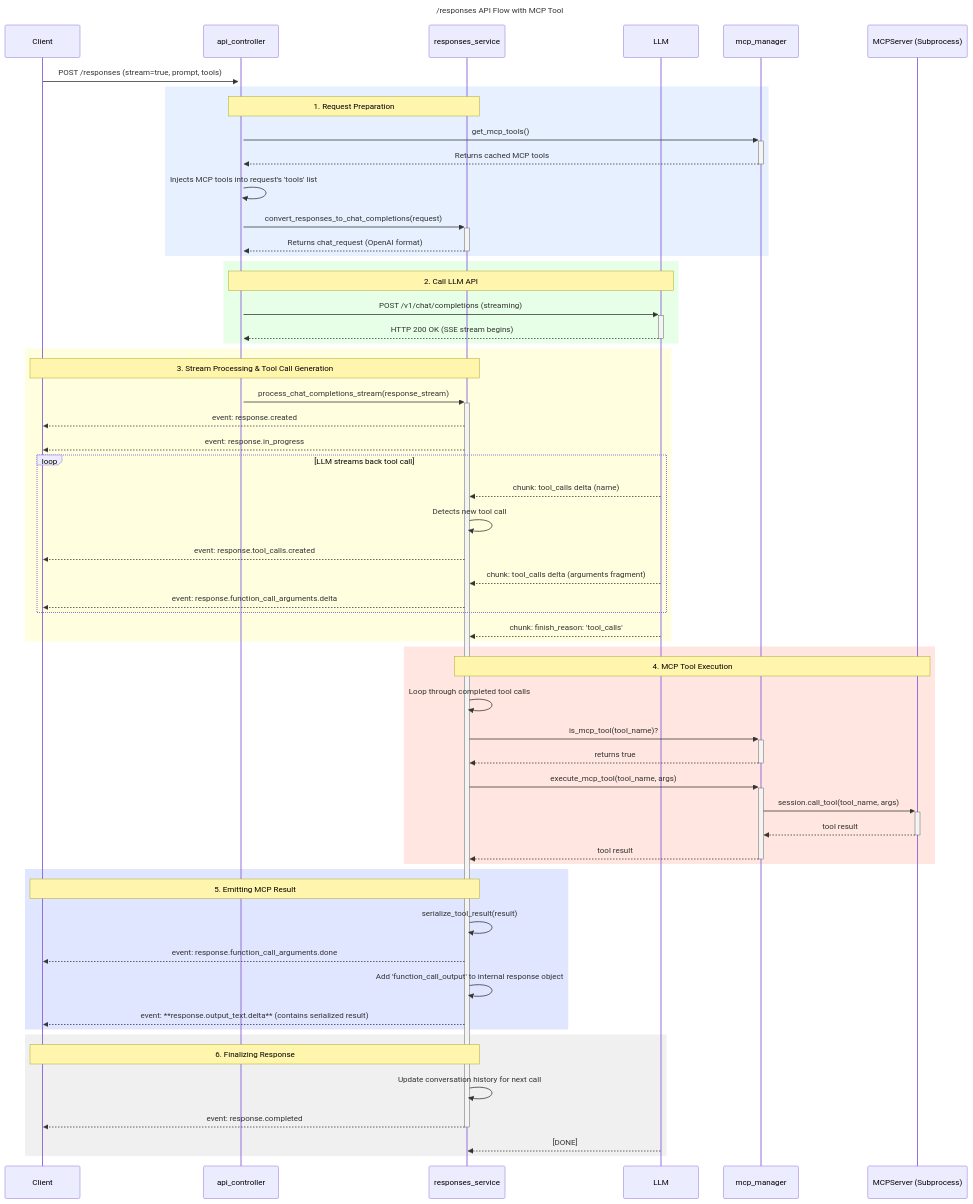
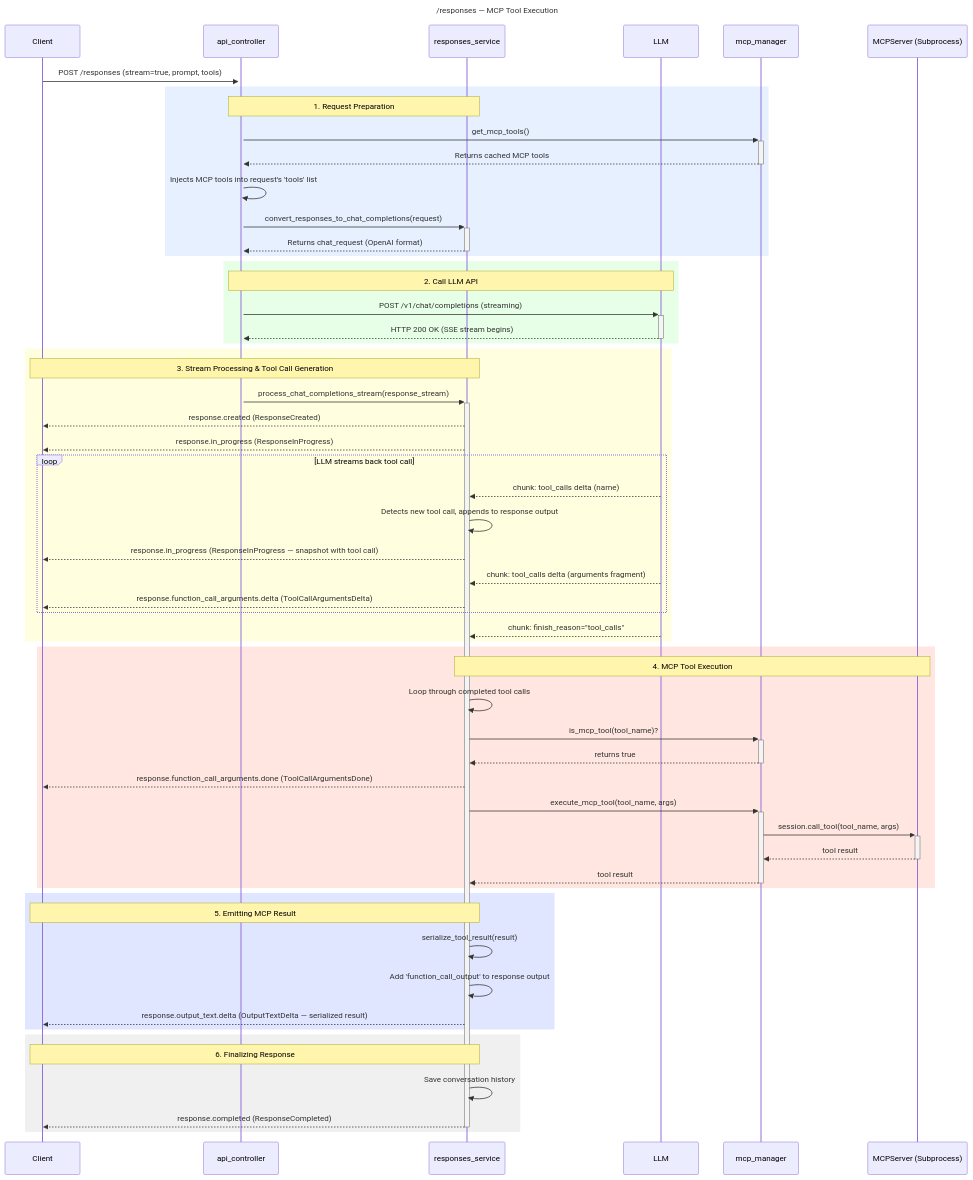
Before and after one commit to teabranch/open-responses-server: the second of 4 diagrams in docs/responses_flow.md, drawn with Mermaid. The commit also changed other lines of this file and 22 other files, not shown here.

First line of the commit message:
docs: refresh architecture, event system docs, Jekyll cream theme, and skills (#46)

````diff
--- a/docs/responses_flow.md
+++ b/docs/responses_flow.md
@@ -5,74 +49,74 @@
 ```mermaid
 sequenceDiagram
-    title /responses API Flow with MCP Tool
+    title /responses — MCP Tool Execution
 
     participant Client
     participant AC as api_controller
     participant RS as responses_service
     participant LLM
     participant MCPM as mcp_manager
     participant MCPS as MCPServer (Subprocess)
 
     Client->>+AC: POST /responses (stream=true, prompt, tools)
-    
+
     rect rgb(230, 240, 255)
         note over AC, RS: 1. Request Preparation
         AC->>+MCPM: get_mcp_tools()
         MCPM-->>-AC: Returns cached MCP tools
         AC->>AC: Injects MCP tools into request's 'tools' list
 
         AC->>+RS: convert_responses_to_chat_completions(request)
         RS-->>-AC: Returns chat_request (OpenAI format)
     end
 
     rect rgb(230, 255, 230)
         note over AC, LLM: 2. Call LLM API
         AC->>+LLM: POST /v1/chat/completions (streaming)
         LLM-->>-AC: HTTP 200 OK (SSE stream begins)
     end
 
     rect rgb(255, 255, 224)
         note over RS, Client: 3. Stream Processing & Tool Call Generation
         AC->>+RS: process_chat_completions_stream(response_stream)
-        RS-->>Client: event: response.created
-        RS-->>Client: event: response.in_progress
+        RS-->>Client: response.created (ResponseCreated)
+        RS-->>Client: response.in_progress (ResponseInProgress)
 
         loop LLM streams back tool call
             LLM-->>RS: chunk: tool_calls delta (name)
-            RS->>RS: Detects new tool call
-            RS-->>Client: event: response.tool_calls.created
+            RS->>RS: Detects new tool call, appends to response output
+            RS-->>Client: response.in_progress (ResponseInProgress — snapshot with tool call)
 
             LLM-->>RS: chunk: tool_calls delta (arguments fragment)
-            RS-->>Client: event: response.function_call_arguments.delta
+            RS-->>Client: response.function_call_arguments.delta (ToolCallArgumentsDelta)
         end
 
-        LLM-->>RS: chunk: finish_reason: 'tool_calls'
+        LLM-->>RS: chunk: finish_reason="tool_calls"
     end
 
     rect rgb(255, 230, 224)
         note over RS, MCPS: 4. MCP Tool Execution
         RS->>RS: Loop through completed tool calls
         RS->>+MCPM: is_mcp_tool(tool_name)?
         MCPM-->>-RS: returns true
+
+        RS-->>Client: response.function_call_arguments.done (ToolCallArgumentsDone)
 
         RS->>+MCPM: execute_mcp_tool(tool_name, args)
         MCPM->>+MCPS: session.call_tool(tool_name, args)
         MCPS-->>-MCPM: tool result
         MCPM-->>-RS: tool result
     end
 
     rect rgb(224, 230, 255)
         note over RS, Client: 5. Emitting MCP Result
         RS->>RS: serialize_tool_result(result)
-        RS-->>Client: event: response.function_call_arguments.done
-        RS->>RS: Add 'function_call_output' to internal response object
-        RS-->>Client: event: **response.output_text.delta** (contains serialized result)
+        RS->>RS: Add 'function_call_output' to response output
+        RS-->>Client: response.output_text.delta (OutputTextDelta — serialized result)
     end
 
     rect rgb(240, 240, 240)
         note over RS, Client: 6. Finalizing Response
-        RS->>RS: Update conversation history for next call
-        RS-->>-Client: event: response.completed
-        LLM-->>RS: [DONE]
+        RS->>RS: Save conversation history
+        RS-->>-Client: response.completed (ResponseCompleted)
     end
-``` 
+```
````
